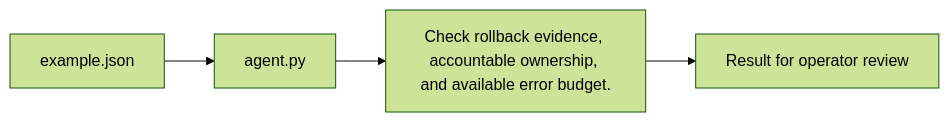
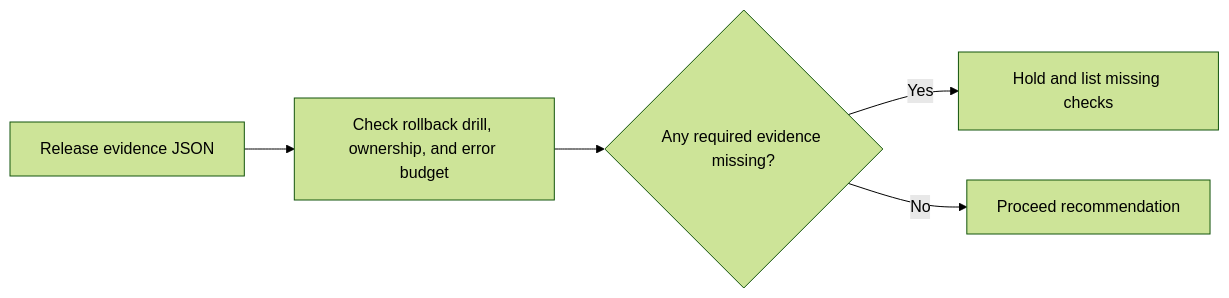
One commit to Klokesh493/production-release-readiness changed the diagram in docs/ARCHITECTURE.md. Above: the diagram before and after it, drawn with Mermaid (forest theme). The commit also changed 1 other file, not shown here.

Commit message:
Show the project decision flow in its README

````diff
--- a/docs/ARCHITECTURE.md
+++ b/docs/ARCHITECTURE.md
@@ -5,8 +5,11 @@
 ```mermaid
 flowchart LR
-    N0["example.json"]
-    N1["agent.py"]
-    N2["Check rollback evidence, accountable ownership, and available error budget."]
-    N3["Result for operator review"]
-    N0 --> N1 --> N2 --> N3
+    A["Release evidence JSON"]
+    B["Check rollback drill, ownership, and error budget"]
+    C{"Any required evidence missing?"}
+    D["Hold and list missing checks"]
+    E["Proceed recommendation"]
+    A --> B --> C
+    C -->|Yes| D
+    C -->|No| E
 ```
````
